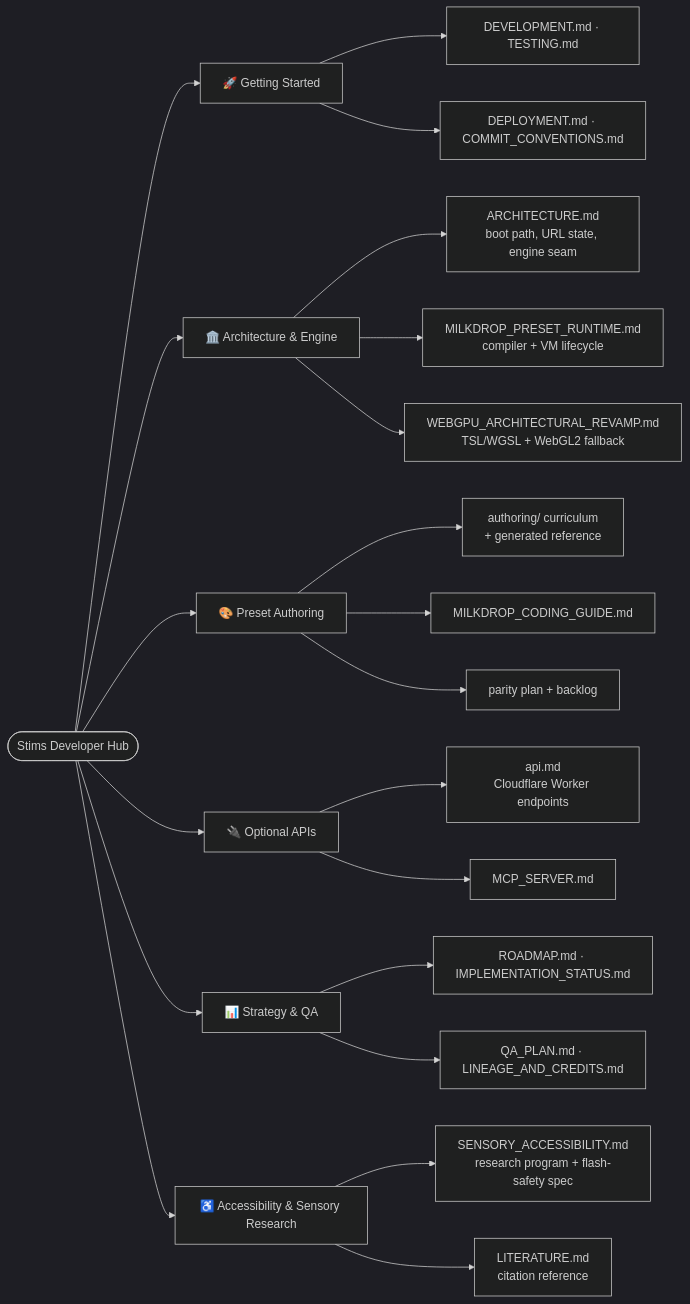
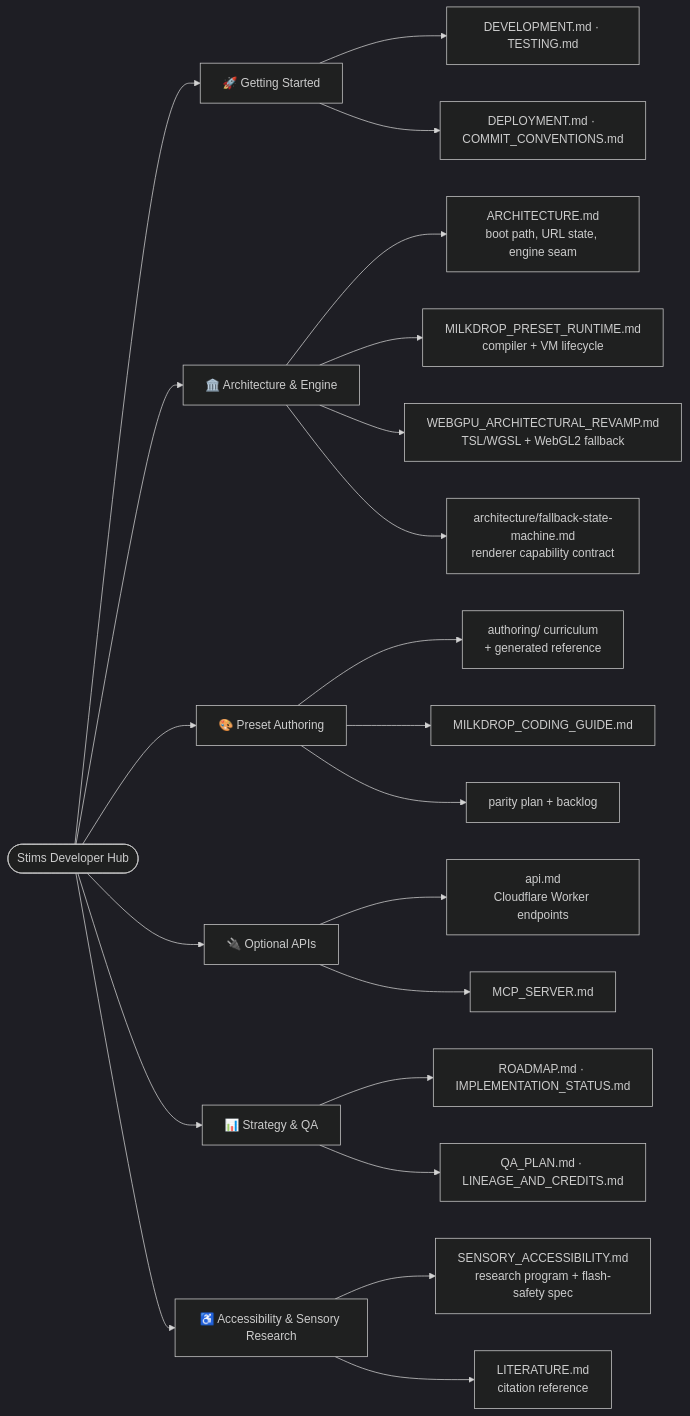
The diagram in docs/README.md (zz-plant/stims), drawn with Mermaid (dark theme) before and after one commit. The commit also changed other lines of this file and 9 other files, not shown here.

Commit message:
docs: rebalance roadmap to studio-first and trim the evidence layer

````diff
--- a/docs/README.md
+++ b/docs/README.md
@@ -11,31 +11,32 @@
 ```mermaid
 flowchart LR
   Start(["Stims Developer Hub"])
 
   Start --> GS["🚀 Getting Started"]
   Start --> Arch["🏛️ Architecture & Engine"]
   Start --> Preset["🎨 Preset Authoring"]
   Start --> API["🔌 Optional APIs"]
   Start --> Strat["📊 Strategy & QA"]
   Start --> Access["♿ Accessibility & Sensory Research"]
 
   GS --> GS1["DEVELOPMENT.md · TESTING.md"]
   GS --> GS2["DEPLOYMENT.md · COMMIT_CONVENTIONS.md"]
 
   Arch --> A1["ARCHITECTURE.md<br/>boot path, URL state, engine seam"]
   Arch --> A2["MILKDROP_PRESET_RUNTIME.md<br/>compiler + VM lifecycle"]
   Arch --> A3["WEBGPU_ARCHITECTURAL_REVAMP.md<br/>TSL/WGSL + WebGL2 fallback"]
+  Arch --> A4["architecture/fallback-state-machine.md<br/>renderer capability contract"]
 
   Preset --> P0["authoring/ curriculum<br/>+ generated reference"]
   Preset --> P1["MILKDROP_CODING_GUIDE.md"]
   Preset --> P2["parity plan + backlog"]
 
   API --> E1["api.md<br/>Cloudflare Worker endpoints"]
   API --> E2["MCP_SERVER.md"]
 
   Access --> AC1["SENSORY_ACCESSIBILITY.md<br/>research program + flash-safety spec"]
   Access --> AC2["LITERATURE.md<br/>citation reference"]
 
   Strat --> S1["ROADMAP.md · IMPLEMENTATION_STATUS.md"]
   Strat --> S2["QA_PLAN.md · LINEAGE_AND_CREDITS.md"]
 ```
````
